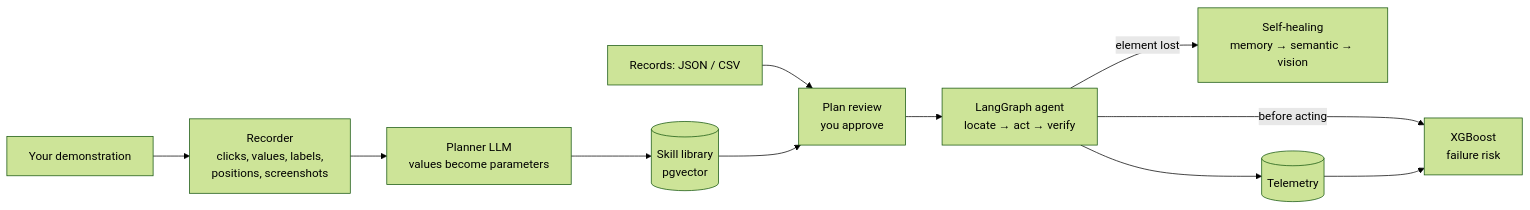
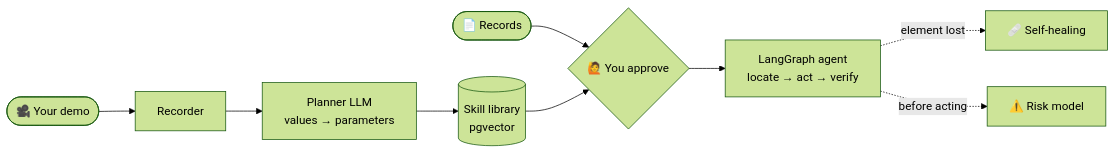
The diagram in README.md (SamyBaouche/mimic), drawn with Mermaid (forest theme) before and after one commit. The commit also changed other lines of this file, not shown here.

````diff
--- a/README.md
+++ b/README.md
@@ -46,13 +53,11 @@
 ```mermaid
 flowchart LR
-    A[Your demonstration] --> B[Recorder<br/>clicks, values, labels,<br/>positions, screenshots]
-    B --> C[Planner LLM<br/>values become parameters]
+    A([🎥 Your demo]) --> B[Recorder]
+    B --> C[Planner LLM<br/>values → parameters]
     C --> D[(Skill library<br/>pgvector)]
-    E[Records: JSON / CSV] --> F[Plan review<br/>you approve]
+    E([📄 Records]) --> F{🙋 You approve}
     D --> F
     F --> G[LangGraph agent<br/>locate → act → verify]
-    G -->|element lost| H[Self-healing<br/>memory → semantic → vision]
-    G -->|before acting| I[XGBoost<br/>failure risk]
-    G --> J[(Telemetry)]
-    J --> I
+    G -. element lost .-> H[🩹 Self-healing]
+    G -. before acting .-> I[⚠️ Risk model]
 ```
````
